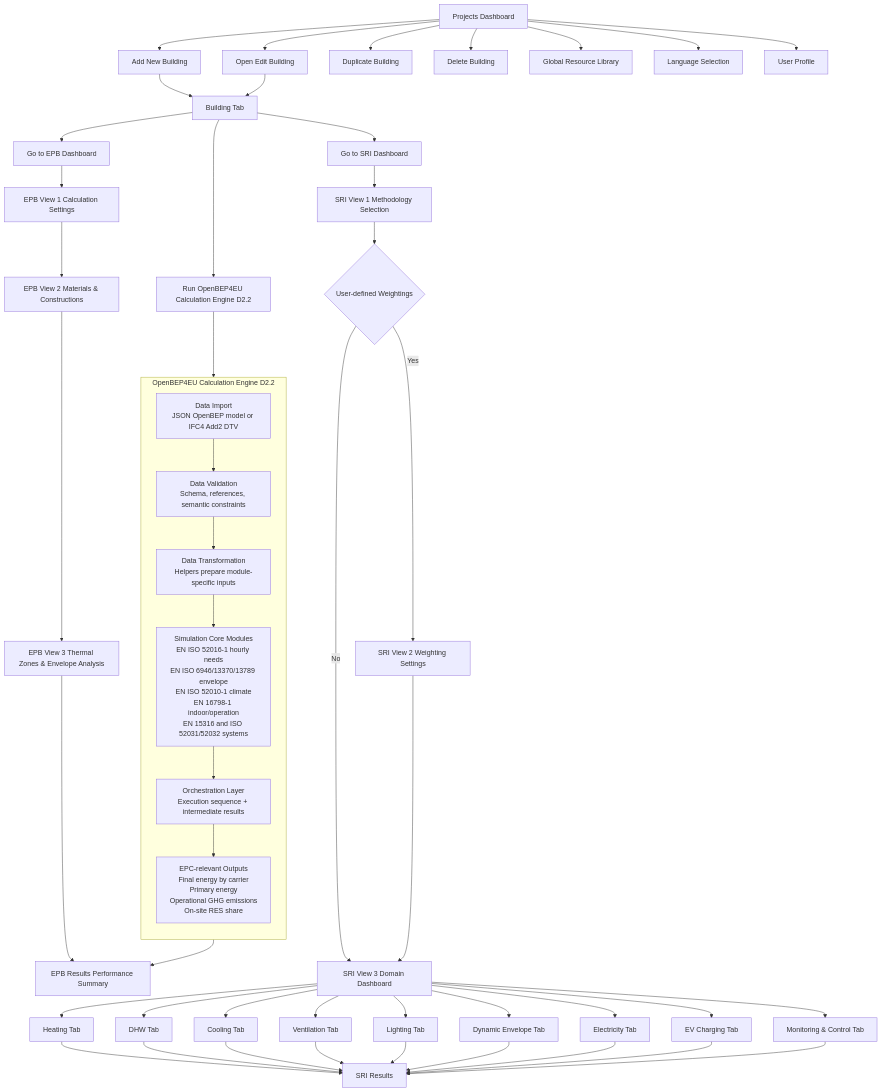
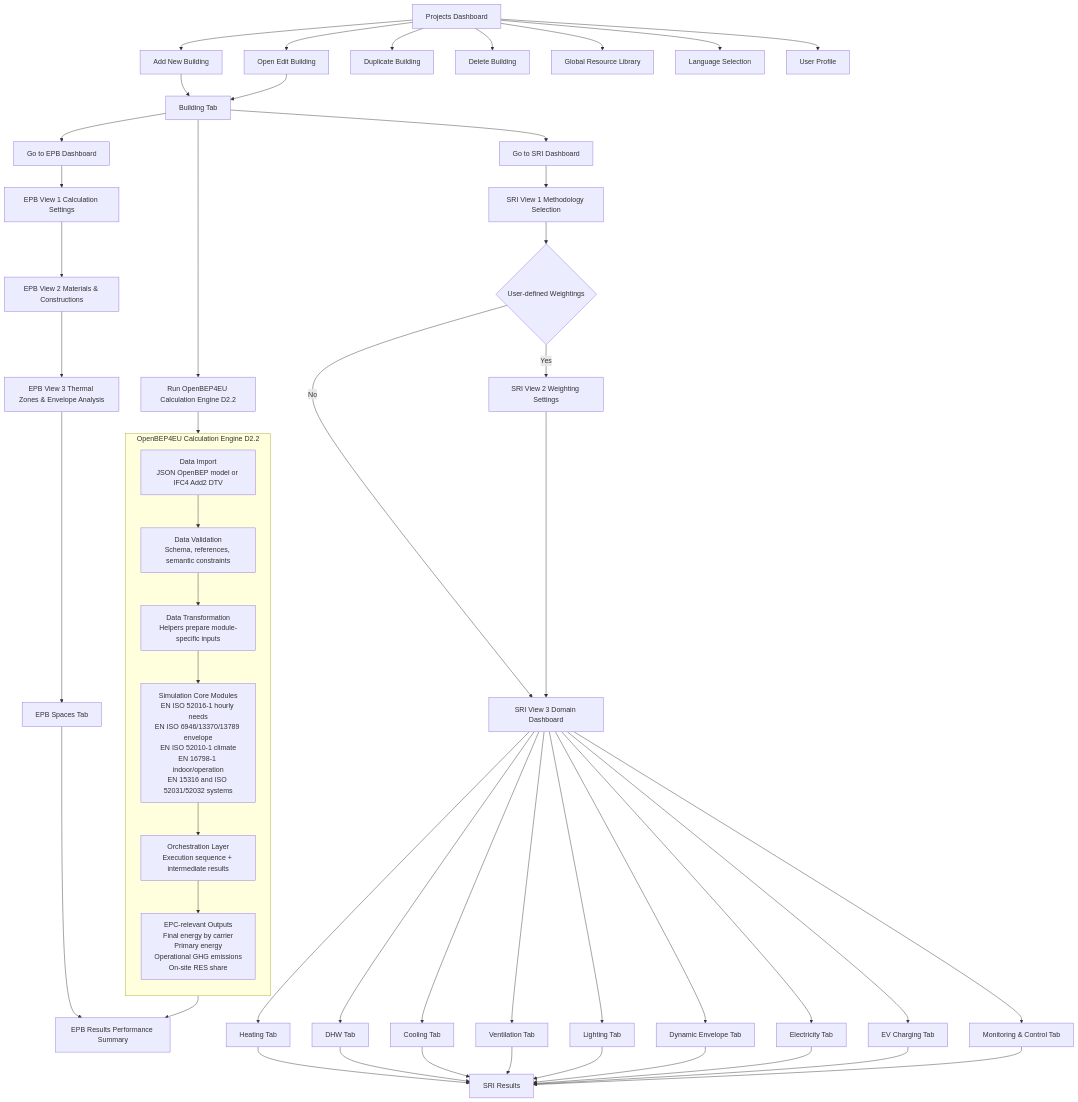
Before and after one commit to pantazis/-building-performance-app: the diagram in input.mmd, drawn with Mermaid. The commit also changed 4 other files, not shown here.

First line of the commit message:
Update flowchart in plan.mmd and modify links in A-projects-dashboard.html

```diff
--- a/input.mmd
+++ b/input.mmd
@@ -1,62 +1,63 @@
 flowchart TD
 
 A[Projects Dashboard] --> B[Add New Building]
 A --> C[Open Edit Building]
 A --> D[Duplicate Building]
 A --> E[Delete Building]
 A --> F[Global Resource Library]
 A --> G[Language Selection]
 A --> H[User Profile]
 
 B --> I[Building Tab]
 C --> I
 
 I --> J[Go to EPB Dashboard]
 I --> K[Go to SRI Dashboard]
 
 J --> EPB1[EPB View 1 Calculation Settings]
 EPB1 --> EPB2[EPB View 2 Materials & Constructions]
 EPB2 --> EPB3[EPB View 3 Thermal Zones & Envelope Analysis]
-EPB3 --> EPB4[EPB Results Performance Summary]
+EPB3 --> EPBSPACES[EPB Spaces Tab]
+EPBSPACES --> EPB4[EPB Results Performance Summary]
 
 K --> SRI1[SRI View 1 Methodology Selection]
 SRI1 --> SRI2{User-defined Weightings}
 SRI2 -->|Yes| SRI3[SRI View 2 Weighting Settings]
 SRI2 -->|No| SRI4[SRI View 3 Domain Dashboard]
 SRI3 --> SRI4
 
 SRI4 --> SRI5[Heating Tab]
 SRI4 --> SRI6[DHW Tab]
 SRI4 --> SRI7[Cooling Tab]
 SRI4 --> SRI8[Ventilation Tab]
 SRI4 --> SRI9[Lighting Tab]
 SRI4 --> SRI10[Dynamic Envelope Tab]
 SRI4 --> SRI11[Electricity Tab]
 SRI4 --> SRI12[EV Charging Tab]
 SRI4 --> SRI13[Monitoring & Control Tab]
 
 SRI5 --> SRI14[SRI Results]
 SRI6 --> SRI14[SRI Results]
 SRI7 --> SRI14[SRI Results]
 SRI8 --> SRI14[SRI Results]
 SRI9 --> SRI14[SRI Results]
 SRI10 --> SRI14[SRI Results]
 SRI11 --> SRI14[SRI Results]
 SRI12 --> SRI14[SRI Results]
 SRI13 --> SRI14[SRI Results]
 
 %% D2.2 Advanced EU Kernel EPC Engine integration
 I --> CE0[Run OpenBEP4EU Calculation Engine D2.2]
 
 subgraph CE[OpenBEP4EU Calculation Engine D2.2]
 direction TB
 CE1[Data Import\nJSON OpenBEP model or IFC4 Add2 DTV]
 CE2[Data Validation\nSchema, references, semantic constraints]
 CE3[Data Transformation\nHelpers prepare module-specific inputs]
 CE4[Simulation Core Modules\nEN ISO 52016-1 hourly needs\nEN ISO 6946/13370/13789 envelope\nEN ISO 52010-1 climate\nEN 16798-1 indoor/operation\nEN 15316 and ISO 52031/52032 systems]
 CE5[Orchestration Layer\nExecution sequence + intermediate results]
 CE6[EPC-relevant Outputs\nFinal energy by carrier\nPrimary energy\nOperational GHG emissions\nOn-site RES share]
 end
 
 CE0 --> CE1 --> CE2 --> CE3 --> CE4 --> CE5 --> CE6
 CE6 --> EPB4
```
